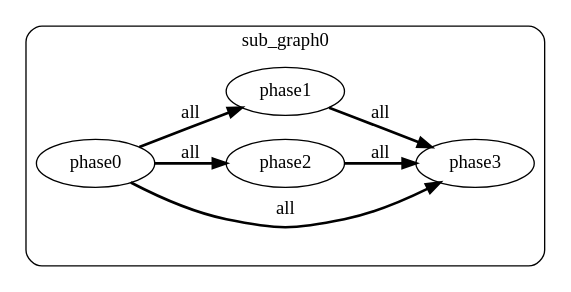
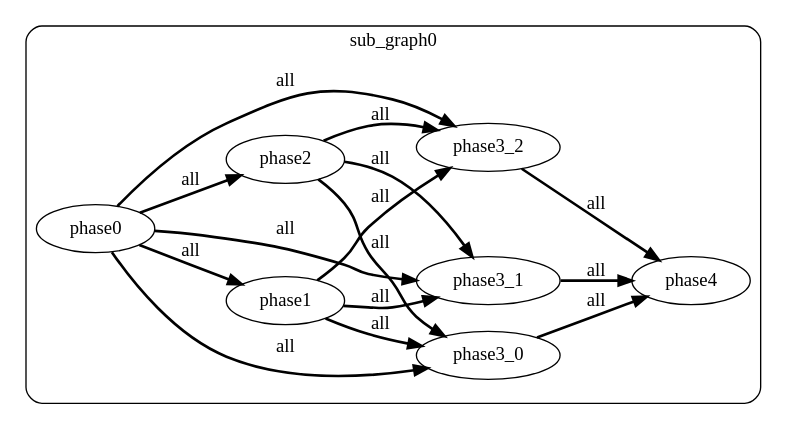
One commit to yinqiwen/myctk changed the diagram in graph/example/example3.toml.dot. Above: the diagram before and after it, drawn with Graphviz. The commit also changed 23 other files, not shown here.

```diff
--- a/graph/example/example3.toml.dot
+++ b/graph/example/example3.toml.dot
@@ -1,16 +1,28 @@
 digraph G {
     rankdir=LR;
   subgraph cluster_sub_graph0{
     style = rounded;
     label = "sub_graph0";
+    sub_graph0_phase4 [label="phase4"];
+    sub_graph0_phase1 [label="phase1"];
+    sub_graph0_phase2 [label="phase2"];
+    sub_graph0_phase3_0 [label="phase3_0"];
+    sub_graph0_phase3_1 [label="phase3_1"];
     sub_graph0_phase0 [label="phase0"];
-    sub_graph0_phase3 [label="phase3"];
-    sub_graph0_phase2 [label="phase2"];
-    sub_graph0_phase1 [label="phase1"];
-    sub_graph0_phase2 -> sub_graph0_phase3 [style=bold label="all"];
-    sub_graph0_phase0 -> sub_graph0_phase3 [style=bold label="all"];
-    sub_graph0_phase1 -> sub_graph0_phase3 [style=bold label="all"];
+    sub_graph0_phase3_2 [label="phase3_2"];
+    sub_graph0_phase3_2 -> sub_graph0_phase4 [style=bold label="all"];
+    sub_graph0_phase3_0 -> sub_graph0_phase4 [style=bold label="all"];
+    sub_graph0_phase3_1 -> sub_graph0_phase4 [style=bold label="all"];
+    sub_graph0_phase0 -> sub_graph0_phase1 [style=bold label="all"];
     sub_graph0_phase0 -> sub_graph0_phase2 [style=bold label="all"];
-    sub_graph0_phase0 -> sub_graph0_phase1 [style=bold label="all"];
+    sub_graph0_phase2 -> sub_graph0_phase3_0 [style=bold label="all"];
+    sub_graph0_phase0 -> sub_graph0_phase3_0 [style=bold label="all"];
+    sub_graph0_phase1 -> sub_graph0_phase3_0 [style=bold label="all"];
+    sub_graph0_phase2 -> sub_graph0_phase3_1 [style=bold label="all"];
+    sub_graph0_phase0 -> sub_graph0_phase3_1 [style=bold label="all"];
+    sub_graph0_phase1 -> sub_graph0_phase3_1 [style=bold label="all"];
+    sub_graph0_phase2 -> sub_graph0_phase3_2 [style=bold label="all"];
+    sub_graph0_phase0 -> sub_graph0_phase3_2 [style=bold label="all"];
+    sub_graph0_phase1 -> sub_graph0_phase3_2 [style=bold label="all"];
 };
 }
```
